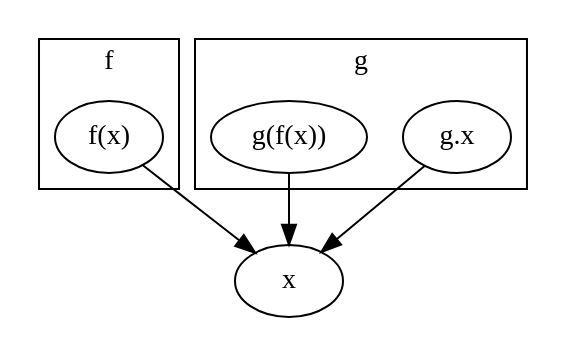
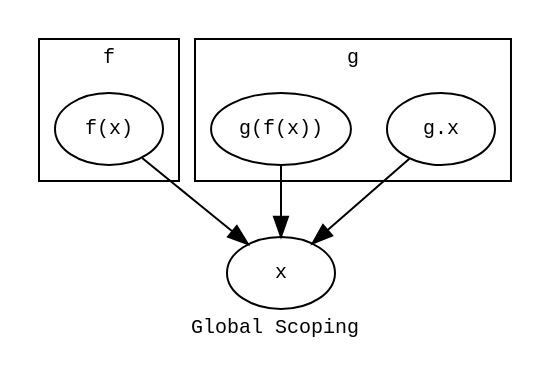
Before and after one commit to rflynn/assume: the diagram in doc/model/graph/scoping-global.dot, drawn with Graphviz. The commit also changed 19 other files, not shown here.

Commit message:
edited model. cleaned up inline graphics. added some c99-specific content. trying to figure out how, given a language grammar, we can generate valid snippets of source.

```diff
--- a/doc/model/graph/scoping-global.dot
+++ b/doc/model/graph/scoping-global.dot
@@ -1,16 +1,19 @@
 
 digraph G {
+  label="Global Scoping"
+  graph [fontname="Monospace",fontsize="10"]
+  node [fontname="Monospace",fontsize="10"]
   x
   subgraph cluster0 {
     label="f";
     "f(x)"
   }
   subgraph cluster1 {
     label="g";
     "g.x"
     "g(f(x))"
   }
   "g.x" -> x
   "f(x)" -> x
   "g(f(x))" -> x 
 }
```
